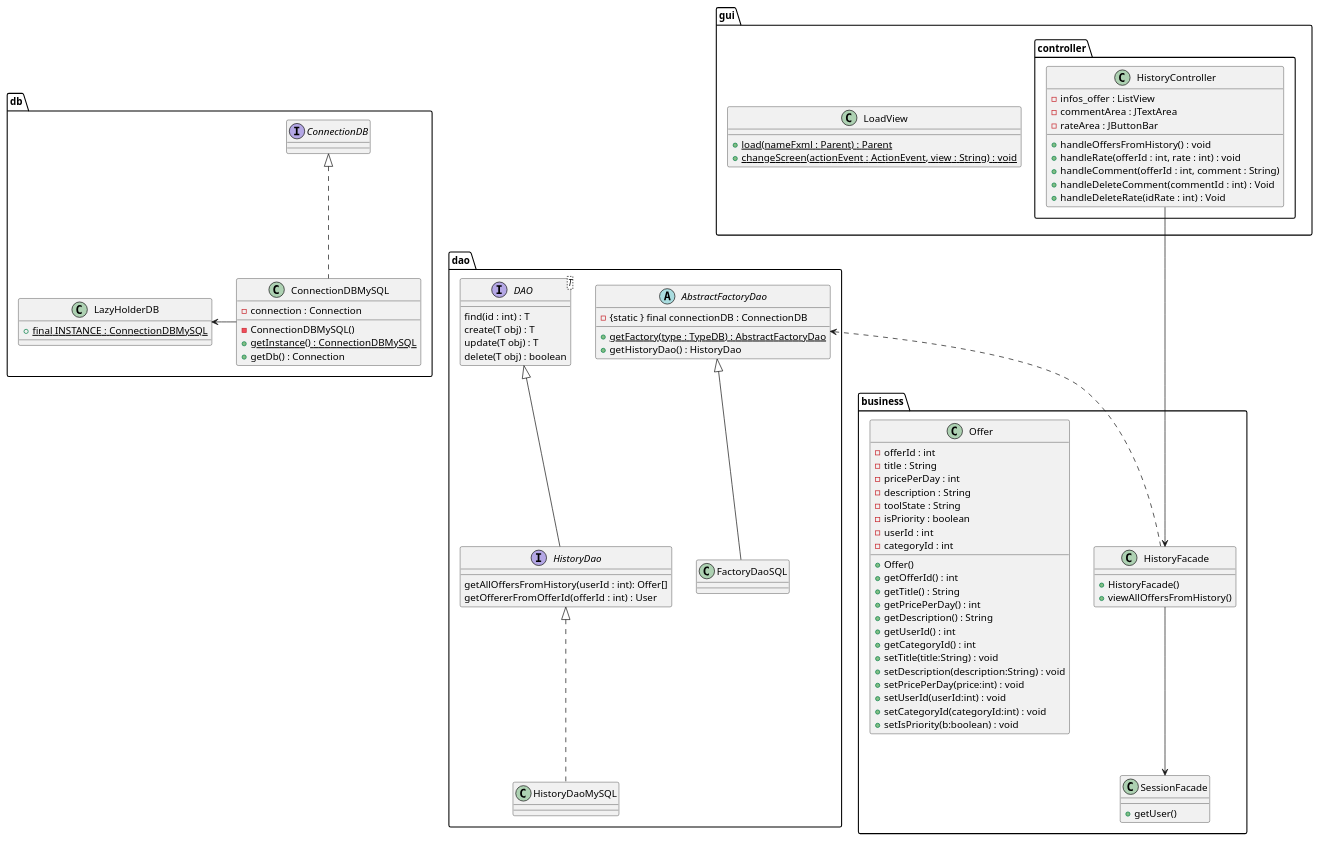
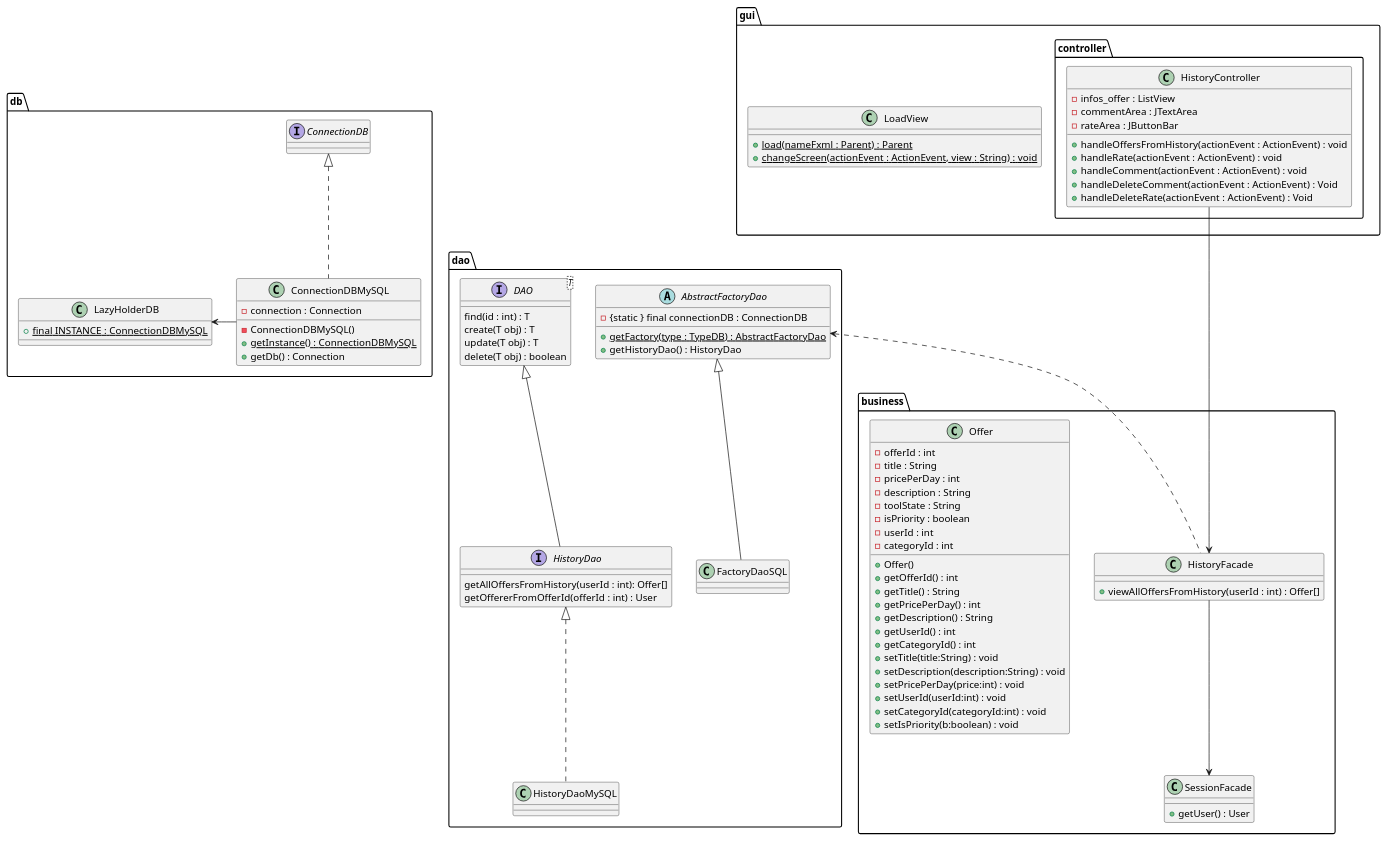
One commit to LaunoisRemy/ToolShare changed the diagram in documents/diagram/history/historyClass.puml. Above: the diagram before and after it, drawn with PlantUML. The commit also changed 3 other files, not shown here.

Commit message:
UPDATE : offer & sequence diagrams to add actionEvent and return types

```diff
--- a/documents/diagram/history/historyClass.puml
+++ b/documents/diagram/history/historyClass.puml
@@ -1,112 +1,111 @@
 @startuml
 
 package dao {
 
 
     interface HistoryDao{
         getAllOffersFromHistory(userId : int): Offer[]
         getOffererFromOfferId(offerId : int) : User
     }
     class HistoryDaoMySQL
     AbstractFactoryDao <|-- FactoryDaoSQL
     HistoryDao <|.. HistoryDaoMySQL
 
     interface DAO<T>{
         find(id : int) : T
         create(T obj) : T
         update(T obj) : T
         delete(T obj) : boolean
     }
 
     abstract AbstractFactoryDao{
         - {static } final connectionDB : ConnectionDB
         + {static} getFactory(type : TypeDB) : AbstractFactoryDao
         + getHistoryDao() : HistoryDao
     }
 
     class FactoryDaoSQL{
     }
 
 
     DAO <|-- HistoryDao
 }
 package db{
     class ConnectionDBMySQL{
         - connection : Connection
         - ConnectionDBMySQL()
         + {static} getInstance() : ConnectionDBMySQL
         + getDb() : Connection
     }
 
     class LazyHolderDB{
         + {static} final INSTANCE : ConnectionDBMySQL
     }
     interface ConnectionDB
     ConnectionDBMySQL -Left-> LazyHolderDB
     ConnectionDBMySQL .up.|> ConnectionDB
 
 }
 package business{
     class SessionFacade{
-            + getUser()
+            + getUser() : User
         }
 
     class HistoryFacade{
-        + HistoryFacade()
-        + viewAllOffersFromHistory()
+        + viewAllOffersFromHistory(userId : int) : Offer[]
     }
 
     class Offer{
         -offerId : int
         -title : String
         -pricePerDay : int
         -description : String
         -toolState : String
         -isPriority : boolean
         -userId : int
         -categoryId : int
         + Offer()
         + getOfferId() : int
         + getTitle() : String
         + getPricePerDay() : int
         + getDescription() : String
         + getUserId() : int
         + getCategoryId() : int
         + setTitle(title:String) : void
         + setDescription(description:String) : void
         + setPricePerDay(price:int) : void
         + setUserId(userId:int) : void
         + setCategoryId(categoryId:int) : void
         + setIsPriority(b:boolean) : void
     }
     HistoryFacade --> SessionFacade
 
 }
 
 package gui{
 
     class LoadView{
         + {static} load(nameFxml : Parent) : Parent
         + {static} changeScreen(actionEvent : ActionEvent, view : String) : void
     }
 
     package controller{
         class HistoryController{
             - infos_offer : ListView
             - commentArea : JTextArea
             - rateArea : JButtonBar
-            + handleOffersFromHistory() : void
-            + handleRate(offerId : int, rate : int) : void
-            + handleComment(offerId : int, comment : String)
-            + handleDeleteComment(commentId : int) : Void
-            + handleDeleteRate(idRate : int) : Void
+            + handleOffersFromHistory(actionEvent : ActionEvent) : void
+            + handleRate(actionEvent : ActionEvent) : void
+            + handleComment(actionEvent : ActionEvent) : void
+            + handleDeleteComment(actionEvent : ActionEvent) : Void
+            + handleDeleteRate(actionEvent : ActionEvent) : Void
 
         }
     }
 }
 HistoryFacade <--Up- HistoryController
 HistoryFacade .Up.> AbstractFactoryDao
 
 
 
 @enduml
```
